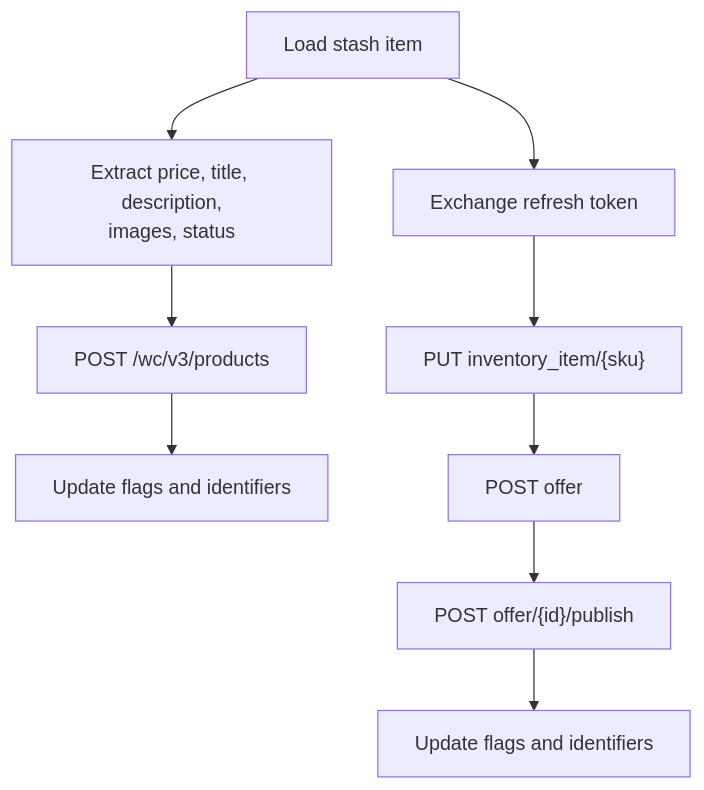
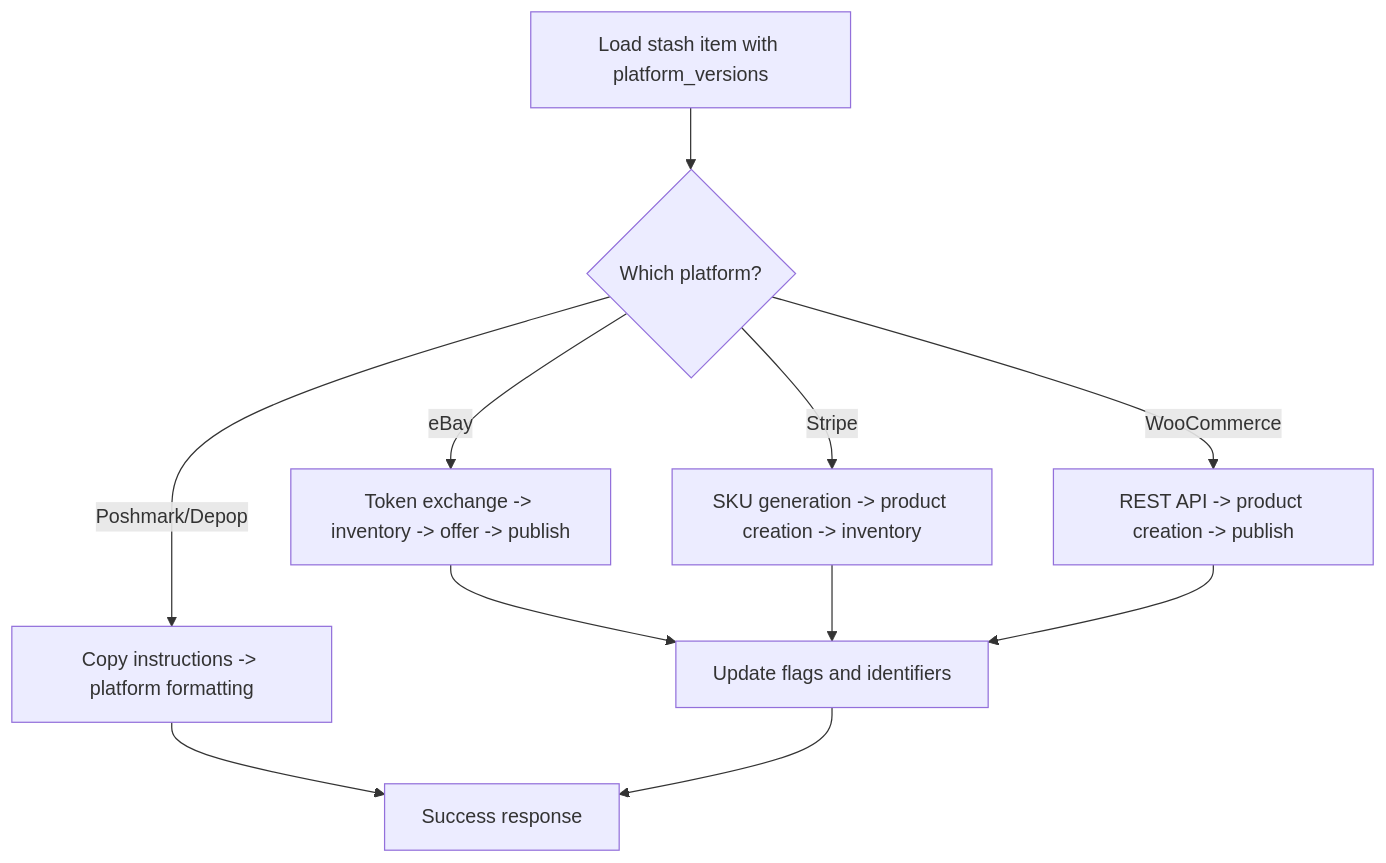
The seventh of 11 diagrams in .qoder/repowiki/en/content/Marketplace Integration/Multi-Platform Publishing.md (hunglevi87/Hidden-Gem), drawn with Mermaid before and after one commit. The commit also changed other lines of this file and 14 other files, not shown here.

````diff
--- a/.qoder/repowiki/en/content/Marketplace Integration/Multi-Platform Publishing.md
+++ b/.qoder/repowiki/en/content/Marketplace Integration/Multi-Platform Publishing.md
@@ -278,11 +322,13 @@
 ```mermaid
 flowchart TD
-LoadItem["Load stash item"] --> TransformWoo["Extract price, title, description,<br/>images, status"]
-TransformWoo --> CallWoo["POST /wc/v3/products"]
-CallWoo --> UpdateFlagsWoo["Update flags and identifiers"]
-LoadItem --> TokenEx["Exchange refresh token"]
-TokenEx --> CreateInv["PUT inventory_item/{sku}"]
-CreateInv --> CreateOffer["POST offer"]
-CreateOffer --> Publish["POST offer/{id}/publish"]
-Publish --> UpdateFlagsEbay["Update flags and identifiers"]
+LoadItem["Load stash item with platform_versions"] --> PlatformCheck{"Which platform?"}
+PlatformCheck --> |eBay| eBayTransform["Token exchange -> inventory -> offer -> publish"]
+PlatformCheck --> |Stripe| stripeTransform["SKU generation -> product creation -> inventory"]
+PlatformCheck --> |Poshmark/Depop| manualTransform["Copy instructions -> platform formatting"]
+PlatformCheck --> |WooCommerce| wooTransform["REST API -> product creation -> publish"]
+eBayTransform --> UpdateFlags["Update flags and identifiers"]
+stripeTransform --> UpdateFlags
+manualTransform --> Success["Return copy instructions"]
+wooTransform --> UpdateFlags
+UpdateFlags --> Success["Success response"]
 ```
````
